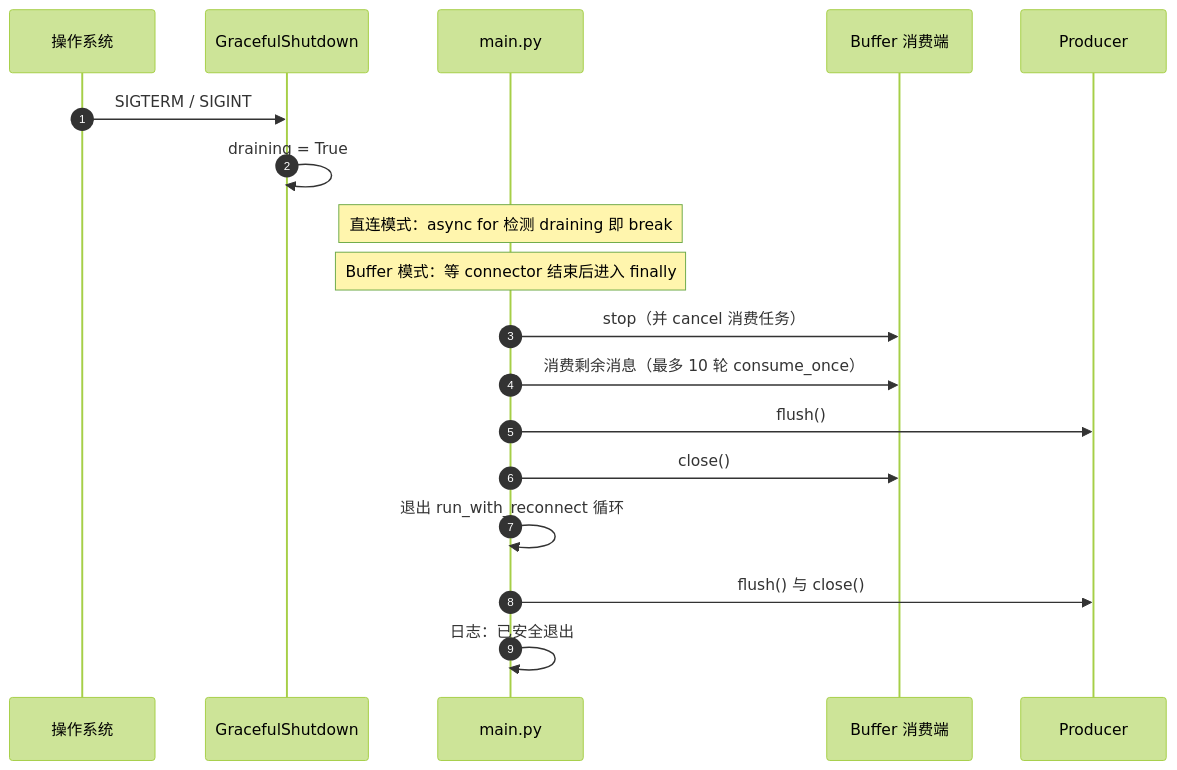
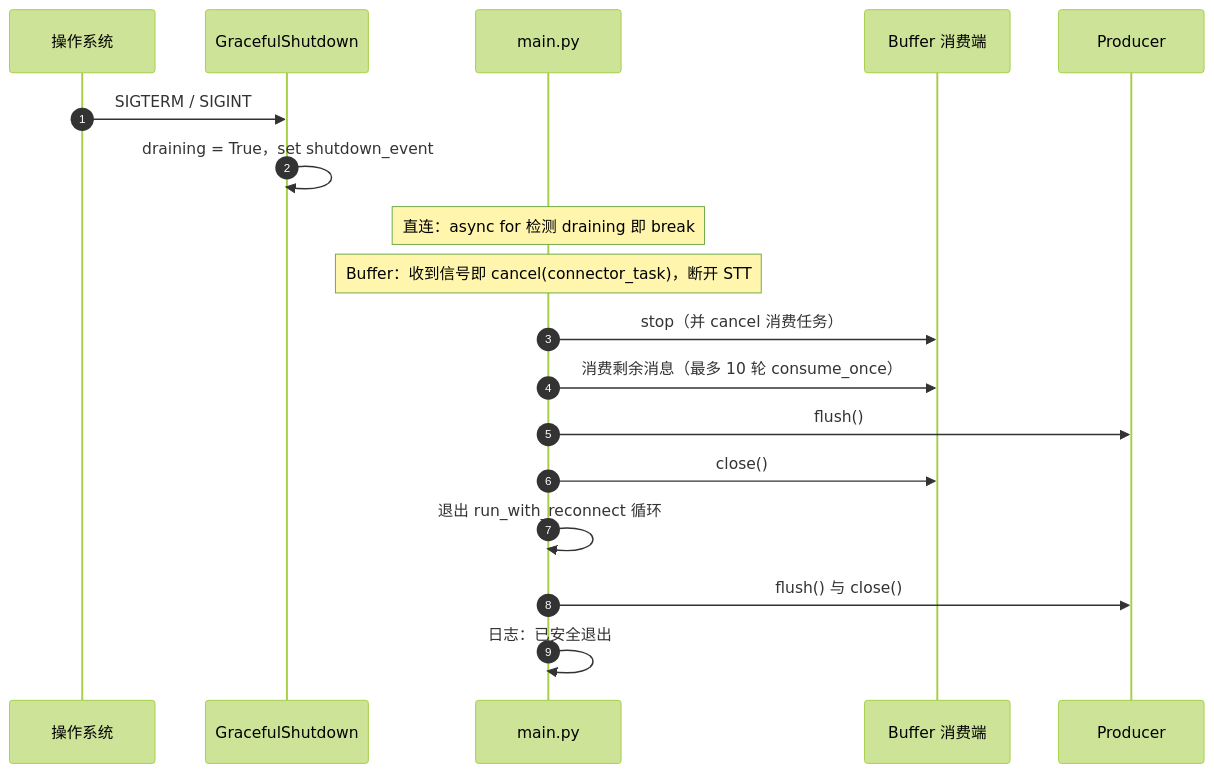
Before and after one commit to xiaodouya001/transcribe_service: the sixth of 6 diagrams in docs/architecture.md, drawn with Mermaid (forest theme). The commit also changed other lines of this file and 8 other files, not shown here.

````diff
--- a/docs/architecture.md
+++ b/docs/architecture.md
@@ -222,21 +235,21 @@
 ```mermaid
 sequenceDiagram
     autonumber
     participant OS as 操作系统
     participant Shutdown as GracefulShutdown
     participant Main as main.py
     participant Consumer as Buffer 消费端
     participant Prod as Producer
 
     OS->>Shutdown: SIGTERM / SIGINT
-    Shutdown->>Shutdown: draining = True
-    Note over Main: 直连模式：async for 检测 draining 即 break
-    Note over Main: Buffer 模式：等 connector 结束后进入 finally
+    Shutdown->>Shutdown: draining = True，set shutdown_event
+    Note over Main: 直连：async for 检测 draining 即 break
+    Note over Main: Buffer：收到信号即 cancel(connector_task)，断开 STT
     Main->>Consumer: stop（并 cancel 消费任务）
     Main->>Consumer: 消费剩余消息（最多 10 轮 consume_once）
     Main->>Prod: flush()
     Main->>Consumer: close()
     Main->>Main: 退出 run_with_reconnect 循环
     Main->>Prod: flush() 与 close()
     Main->>Main: 日志：已安全退出
 ```
````
